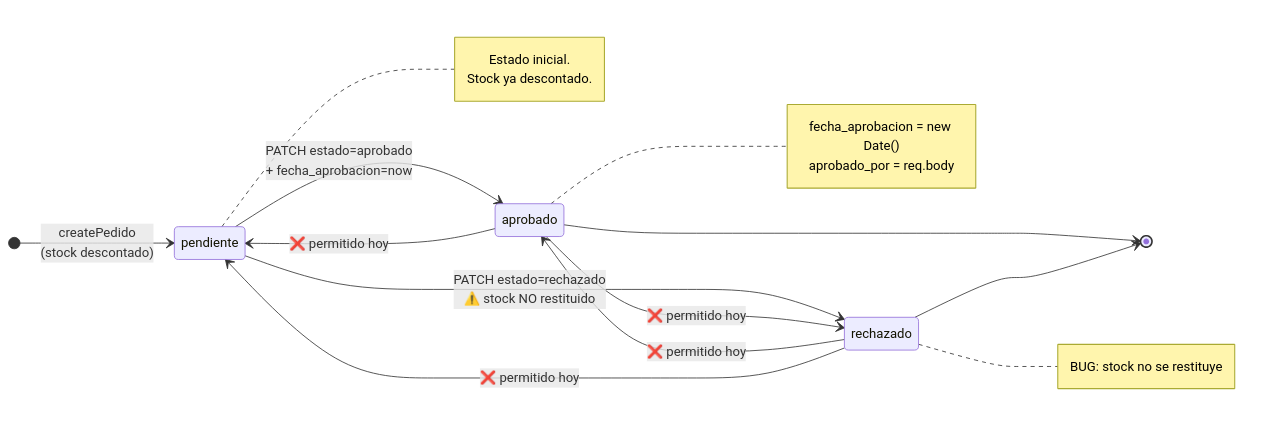
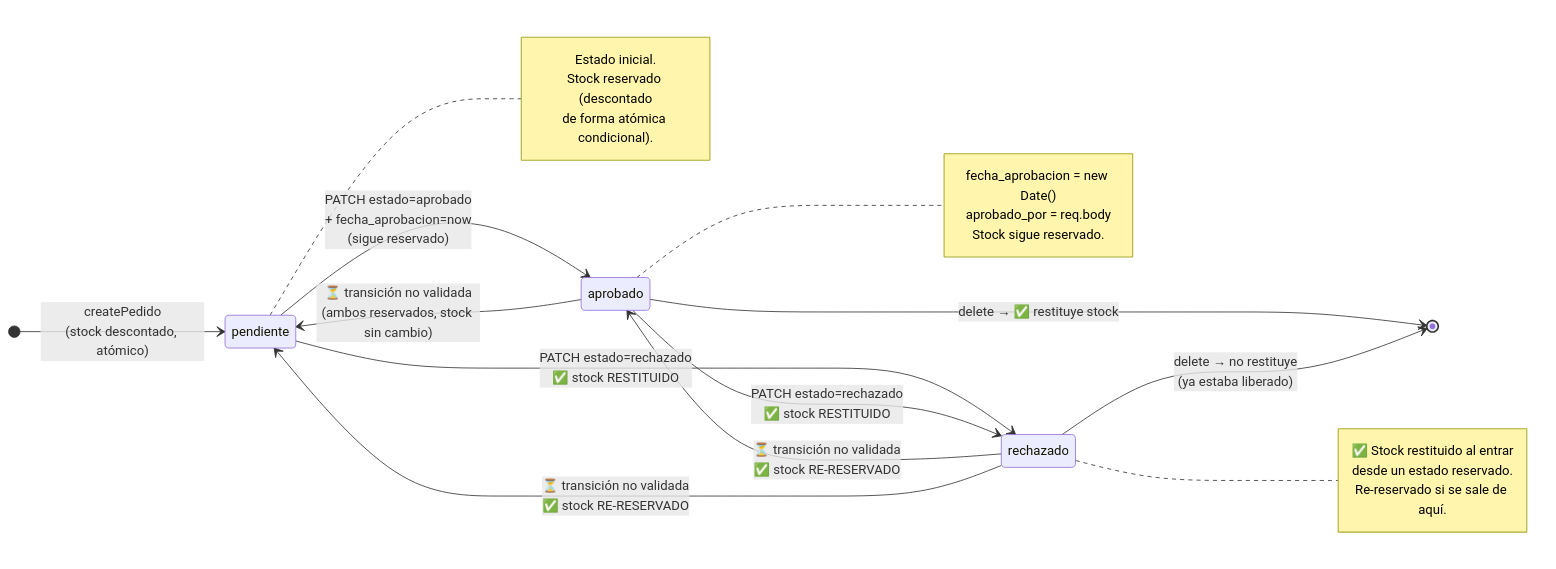
One commit to nicolasgonzalez98/tpGrupoFrontBack changed the fifth of 7 diagrams in docs/architecture/MODULE_PEDIDO_SERVICE_DIAGRAMS.md. Above: the diagram before and after it, drawn with Mermaid. The commit also changed other lines of this file and 7 other files, not shown here.

````diff
--- a/docs/architecture/MODULE_PEDIDO_SERVICE_DIAGRAMS.md
+++ b/docs/architecture/MODULE_PEDIDO_SERVICE_DIAGRAMS.md
@@ -246,27 +269,31 @@
 ```mermaid
 stateDiagram-v2
     direction LR
-    [*] --> pendiente: createPedido<br/>(stock descontado)
-    pendiente --> aprobado: PATCH estado=aprobado<br/>+ fecha_aprobacion=now
-    pendiente --> rechazado: PATCH estado=rechazado<br/>⚠️ stock NO restituido
-    aprobado --> pendiente: ❌ permitido hoy
-    aprobado --> rechazado: ❌ permitido hoy
-    rechazado --> aprobado: ❌ permitido hoy
-    rechazado --> pendiente: ❌ permitido hoy
-    aprobado --> [*]
-    rechazado --> [*]
+    [*] --> pendiente: createPedido<br/>(stock descontado, atómico)
+    pendiente --> aprobado: PATCH estado=aprobado<br/>+ fecha_aprobacion=now<br/>(sigue reservado)
+    pendiente --> rechazado: PATCH estado=rechazado<br/>✅ stock RESTITUIDO
+    aprobado --> rechazado: PATCH estado=rechazado<br/>✅ stock RESTITUIDO
+    aprobado --> pendiente: ⏳ transición no validada<br/>(ambos reservados, stock sin cambio)
+    rechazado --> aprobado: ⏳ transición no validada<br/>✅ stock RE-RESERVADO
+    rechazado --> pendiente: ⏳ transición no validada<br/>✅ stock RE-RESERVADO
+    aprobado --> [*]: delete → ✅ restituye stock
+    rechazado --> [*]: delete → no restituye<br/>(ya estaba liberado)
 
     note right of pendiente
         Estado inicial.
-        Stock ya descontado.
+        Stock reservado (descontado
+        de forma atómica condicional).
     end note
 
     note right of aprobado
         fecha_aprobacion = new Date()
         aprobado_por = req.body
+        Stock sigue reservado.
     end note
 
     note right of rechazado
-        BUG: stock no se restituye
+        ✅ Stock restituido al entrar
+        desde un estado reservado.
+        Re-reservado si se sale de aquí.
     end note
 ```
````
